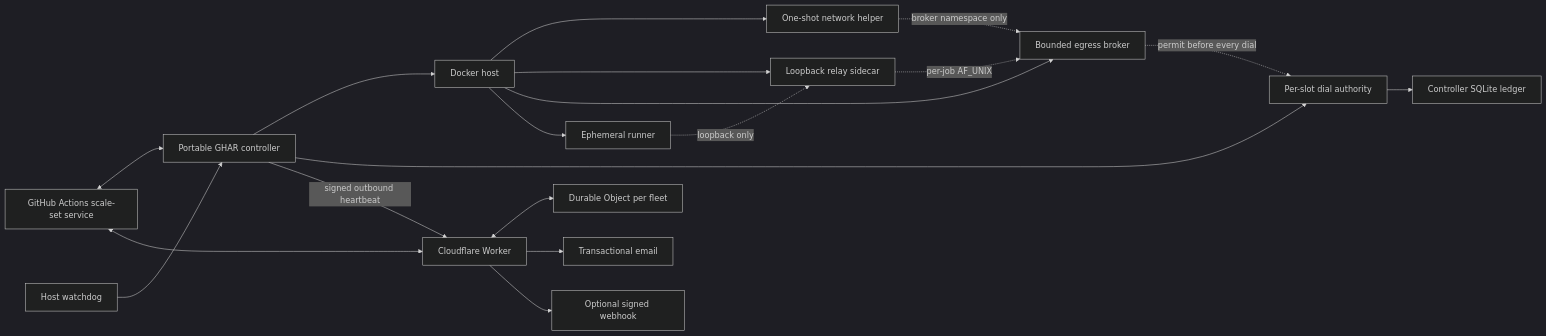
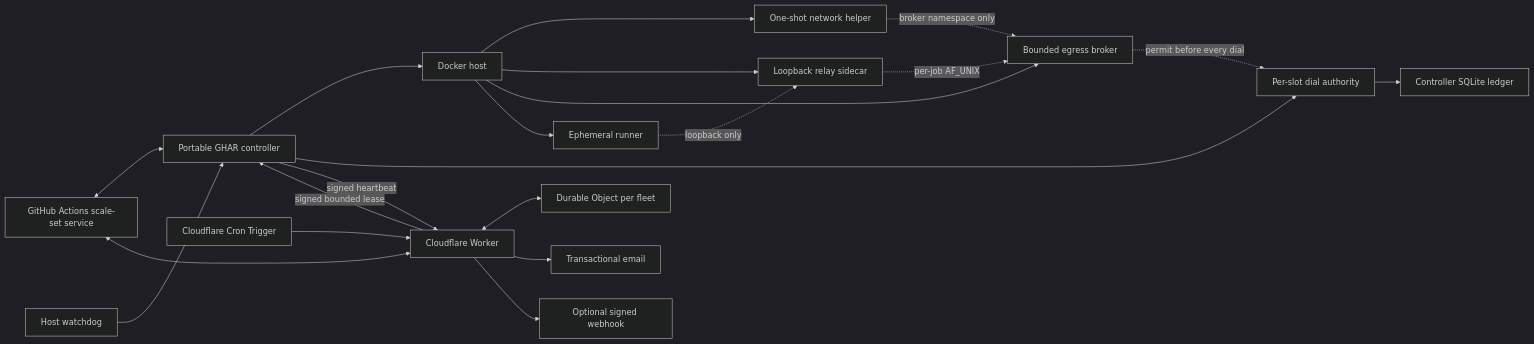
One commit to sumitake/GitHub-ActionRunner changed the diagram in README.md. Above: the diagram before and after it, drawn with Mermaid (dark theme). The commit also changed other lines of this file and 35 other files, not shown here.

````diff
--- a/README.md
+++ b/README.md
@@ -63,36 +73,39 @@
 ```mermaid
 flowchart LR
     GitHub["GitHub Actions scale-set service"]
     Controller["Portable GHAR controller"]
     Docker["Docker host"]
     Helper["One-shot network helper"]
     Adapter["Loopback relay sidecar"]
     Broker["Bounded egress broker"]
     DialAuthority["Per-slot dial authority"]
     Ledger["Controller SQLite ledger"]
     Runner["Ephemeral runner"]
     Watchdog["Host watchdog"]
     Worker["Cloudflare Worker"]
     State["Durable Object per fleet"]
+    Scheduler["Cloudflare Cron Trigger"]
     Email["Transactional email"]
     Webhook["Optional signed webhook"]
 
     GitHub <--> Controller
     Controller --> Docker
     Docker --> Helper
     Docker --> Adapter
     Docker --> Broker
     Docker --> Runner
     Helper -. "broker namespace only" .-> Broker
     Runner -. "loopback only" .-> Adapter
     Adapter -. "per-job AF_UNIX" .-> Broker
     Broker -. "permit before every dial" .-> DialAuthority
     Controller --> DialAuthority
     DialAuthority --> Ledger
     Watchdog --> Controller
-    Controller -- "signed outbound heartbeat" --> Worker
+    Controller -- "signed heartbeat" --> Worker
+    Worker -- "signed bounded lease" --> Controller
+    Scheduler --> Worker
     Worker <--> State
     Worker <--> GitHub
     Worker --> Email
     Worker --> Webhook
 ```
````
